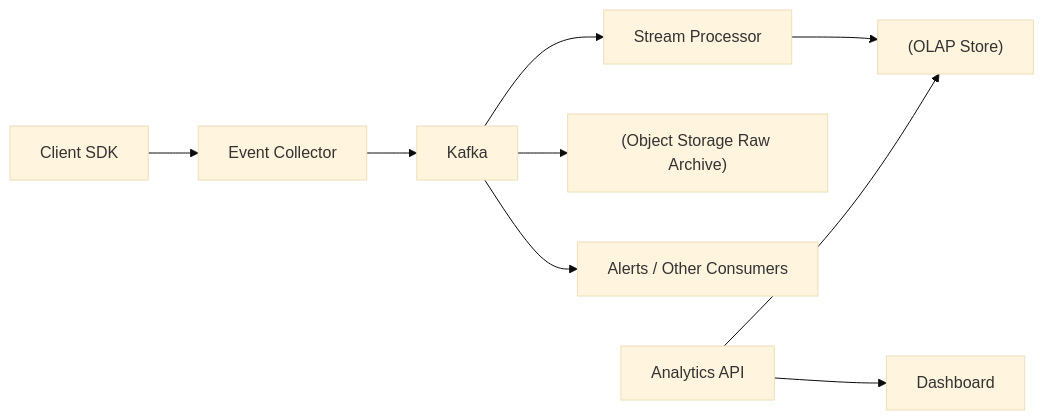
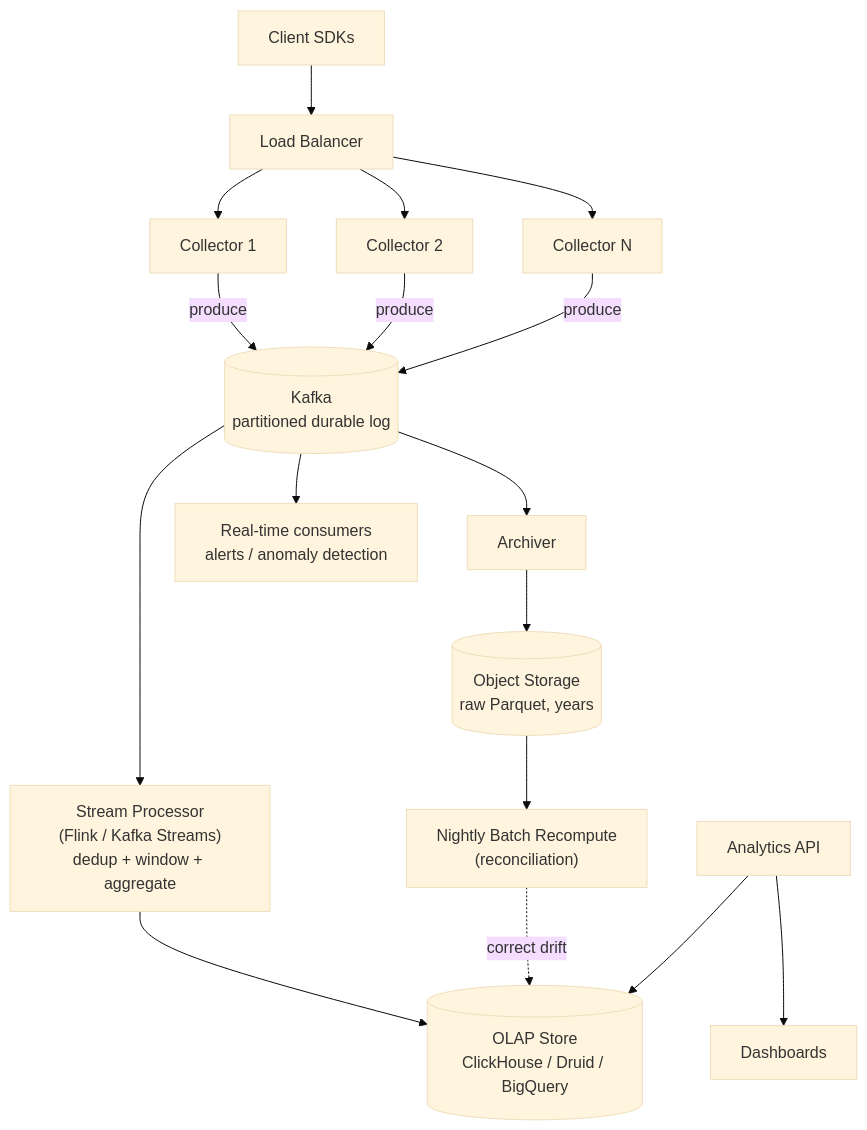
One commit to pankajThakur1874/studysheet changed the second of 12 diagrams in files/07-design-questions/15-analytics-event-tracking.md. Above: the diagram before and after it, drawn with Mermaid (base theme). The commit also changed other lines of this file and 5 other files, not shown here.

````diff
--- a/files/07-design-questions/15-analytics-event-tracking.md
+++ b/files/07-design-questions/15-analytics-event-tracking.md
@@ -70,11 +207,21 @@
 ```mermaid
-flowchart LR
-    C[Client SDK] --> EC[Event Collector]
-    EC --> K[Kafka]
-    K --> SP[Stream Processor]
-    SP --> OLAP["(OLAP Store)"]
-    K --> RAW["(Object Storage Raw Archive)"]
-    K --> A["Alerts / Other Consumers"]
-    API[Analytics API] --> OLAP
-    API --> DASH[Dashboard]
+flowchart TD
+    C["Client SDKs"] --> LB[Load Balancer]
+    LB --> EC1["Collector 1"]
+    LB --> EC2["Collector 2"]
+    LB --> ECN["Collector N"]
+    EC1 & EC2 & ECN -->|produce| K[("Kafka<br/>partitioned durable log")]
+
+    K --> SP["Stream Processor<br/>(Flink / Kafka Streams)<br/>dedup + window + aggregate"]
+    SP --> OLAP[("OLAP Store<br/>ClickHouse / Druid / BigQuery")]
+
+    K --> ARCH["Archiver"] --> OBJ[("Object Storage<br/>raw Parquet, years")]
+
+    OBJ --> BATCH["Nightly Batch Recompute<br/>(reconciliation)"]
+    BATCH -.correct drift.-> OLAP
+
+    API["Analytics API"] --> OLAP
+    API --> DASH["Dashboards"]
+
+    K --> RT["Real-time consumers<br/>alerts / anomaly detection"]
 ```
````
